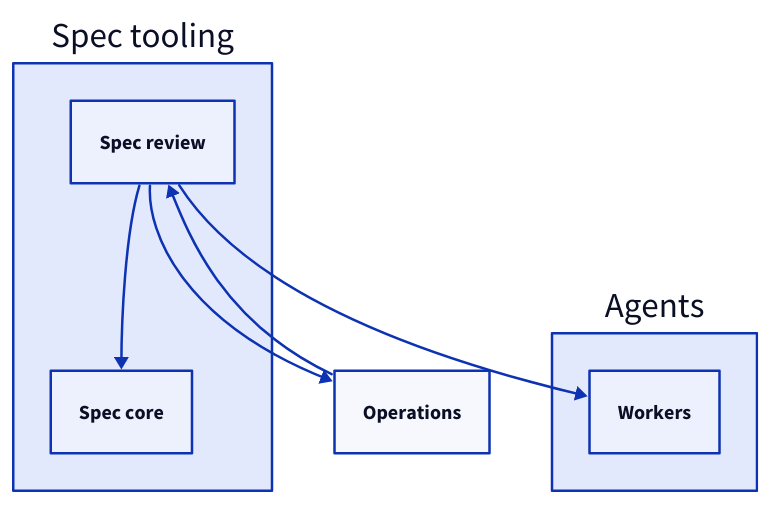
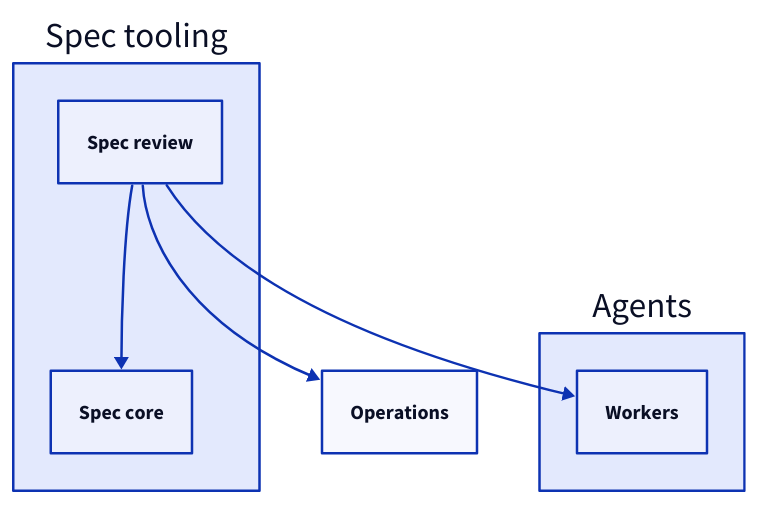
One commit to FTOD/concorde changed the second of 2 diagrams in specs/concorde/spec-tooling/spec-review/module.md. Above: the diagram before and after it, drawn with D2. The commit also changed other lines of this file and 43 other files, not shown here.

````diff
--- a/specs/concorde/spec-tooling/spec-review/module.md
+++ b/specs/concorde/spec-tooling/spec-review/module.md
@@ -138,14 +142,13 @@
 ```d2
 tooling: Spec tooling {
   review: Spec review
   core: Spec core
   review -> core
 }
 agents: Agents {
   workers: Workers
 }
 operations: Operations
 tooling.review -> agents.workers
 tooling.review -> operations
-operations -> tooling.review
 ```
````
